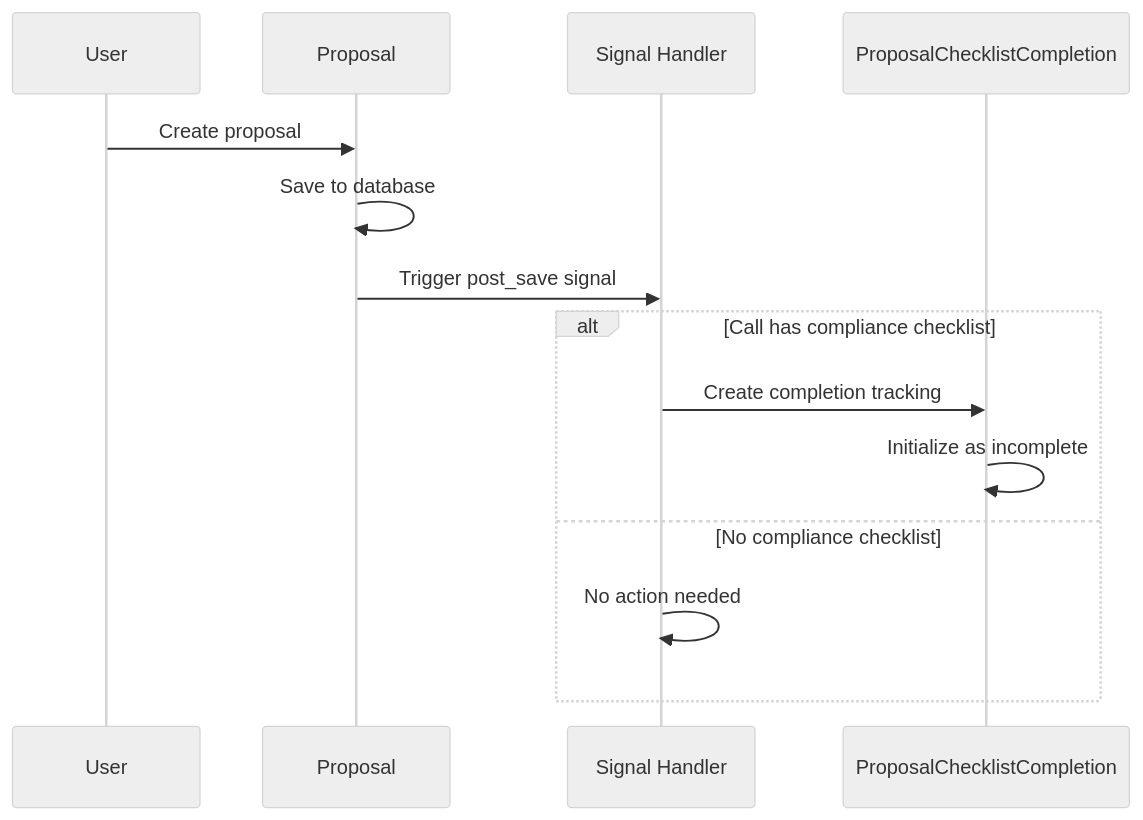
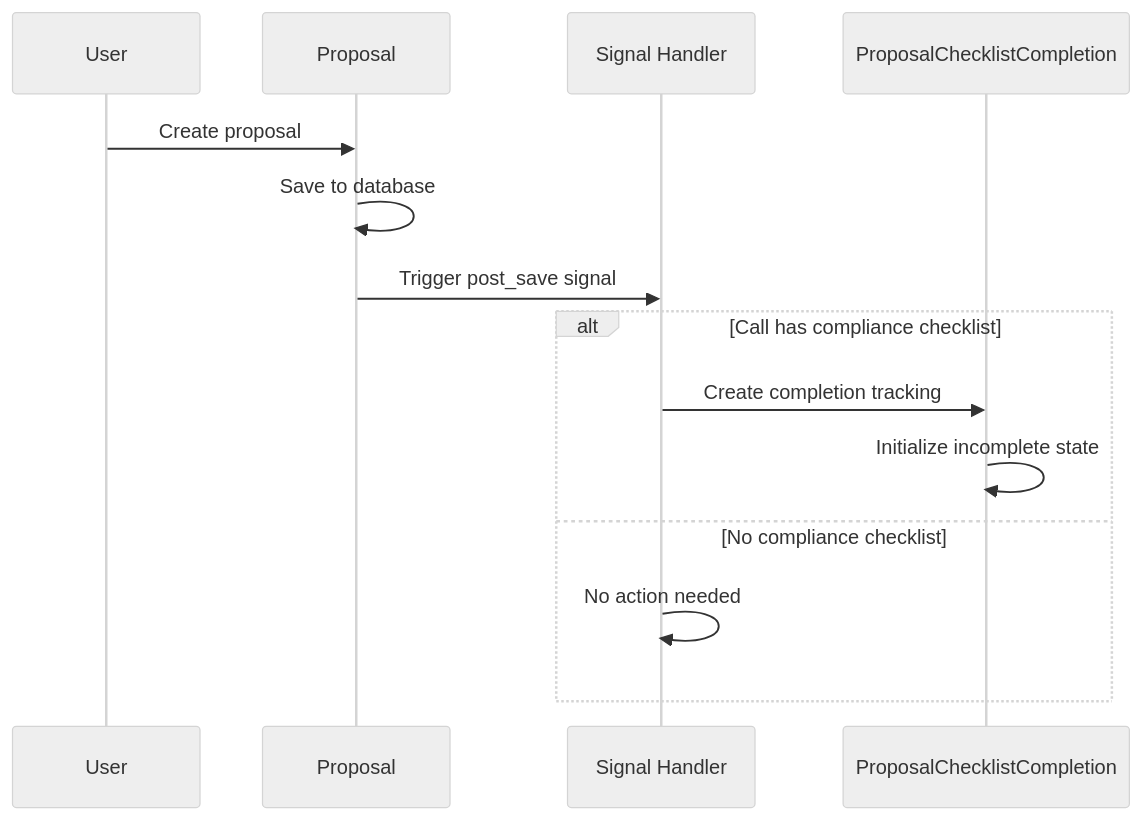
The tenth of 11 diagrams in docs/developer-guide/core-concepts/proposals.md (waldur/waldur-docs), drawn with Mermaid (neutral theme) before and after one commit. The commit also changed other lines of this file and 34 other files, not shown here.

````diff
--- a/docs/developer-guide/core-concepts/proposals.md
+++ b/docs/developer-guide/core-concepts/proposals.md
@@ -592,18 +592,18 @@
 ```mermaid
 sequenceDiagram
     participant U as User
     participant P as Proposal
     participant S as Signal Handler
     participant PCC as ProposalChecklistCompletion
 
     U->>P: Create proposal
     P->>P: Save to database
     P->>S: Trigger post_save signal
 
     alt Call has compliance checklist
         S->>PCC: Create completion tracking
-        PCC->>PCC: Initialize as incomplete
+        PCC->>PCC: Initialize incomplete state
     else No compliance checklist
         S->>S: No action needed
     end
 ```
````
